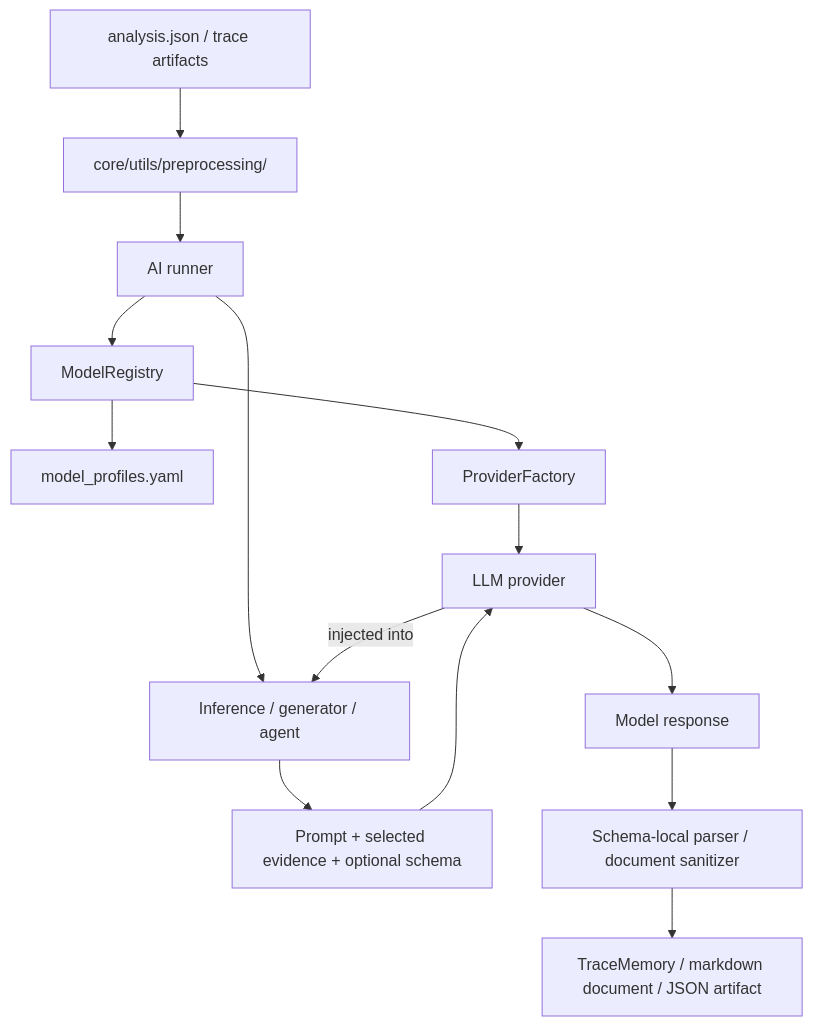
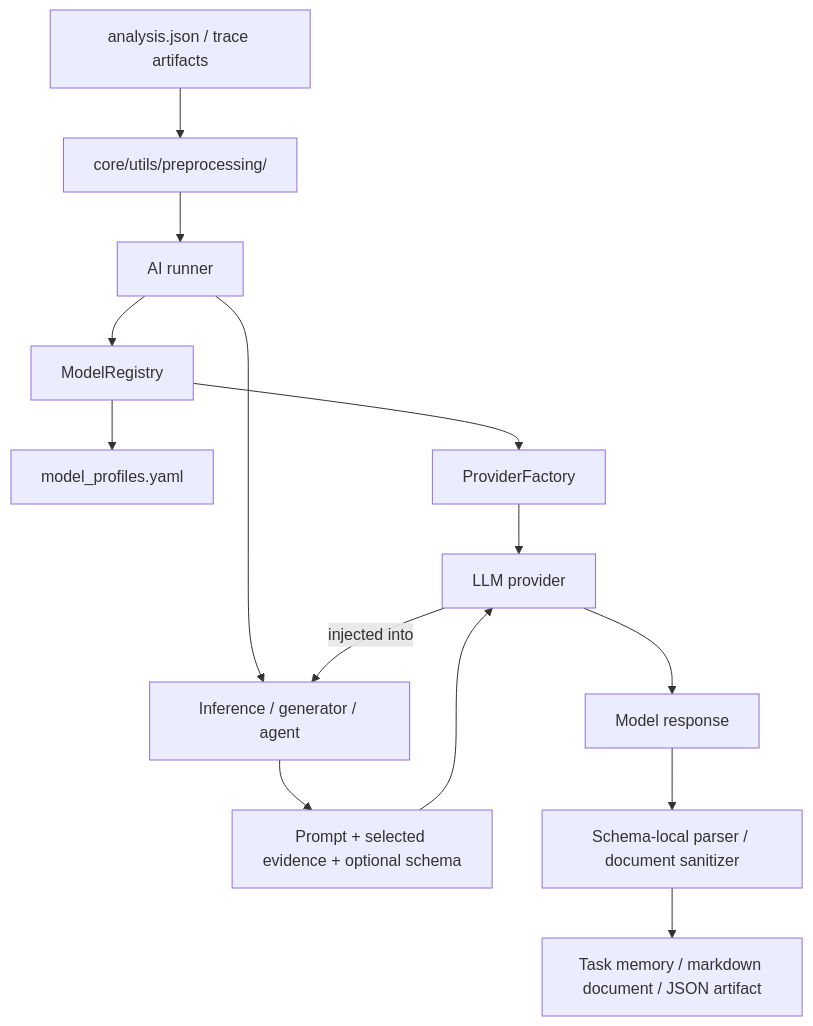
One commit to pablo-972/AIM changed the first of 2 diagrams in docs/ai/README.md. Above: the diagram before and after it, drawn with Mermaid. The commit also changed other lines of this file and 16 other files, not shown here.

````diff
--- a/docs/ai/README.md
+++ b/docs/ai/README.md
@@ -17,20 +17,20 @@
 ```mermaid
 flowchart TD
     Artifacts[analysis.json / trace artifacts] --> Preprocessing[core/utils/preprocessing/]
     Preprocessing --> Runner[AI runner]
 
     Runner --> Registry[ModelRegistry]
     Registry --> Profiles[model_profiles.yaml]
     Registry --> Factory[ProviderFactory]
     Factory --> Provider[LLM provider]
 
     Runner --> Inference[Inference / generator / agent]
     Provider -- injected into --> Inference
 
     Inference --> Request[Prompt + selected evidence + optional schema]
     Request --> Provider
 
     Provider --> Response[Model response]
     Response --> Parsing[Schema-local parser / document sanitizer]
-    Parsing --> Output[TraceMemory / markdown document / JSON artifact]
+    Parsing --> Output[Task memory / markdown document / JSON artifact]
 ```
````
